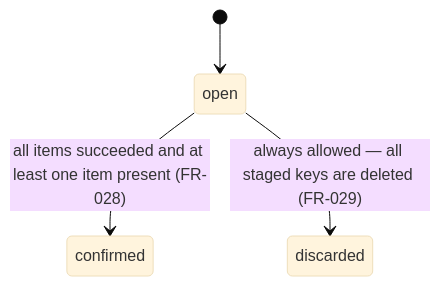
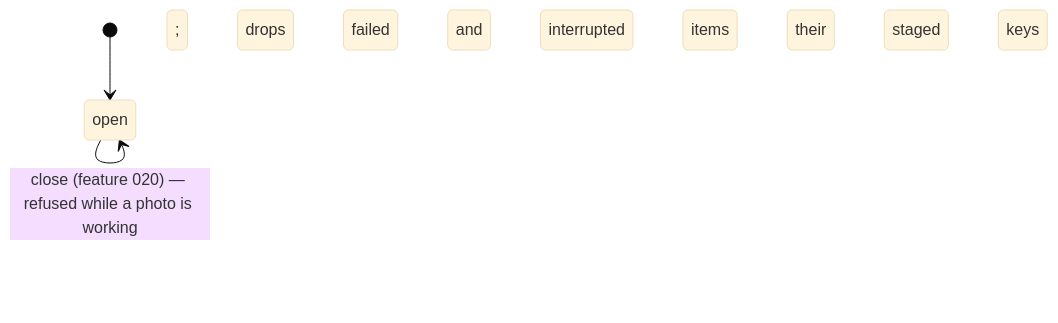
The second of 2 diagrams in specs/001-architecture-stack-design/draft/04-content-model.md (zzacal/port), drawn with Mermaid (base theme) before and after one commit. The commit also changed other lines of this file and 24 other files, not shown here.

````diff
--- a/specs/001-architecture-stack-design/draft/04-content-model.md
+++ b/specs/001-architecture-stack-design/draft/04-content-model.md
@@ -121,6 +126,5 @@
 ```mermaid
 stateDiagram-v2
     [*] --> open
-    open --> confirmed : all items succeeded and at least one item present (FR-028)
-    open --> discarded : always allowed — all staged keys are deleted (FR-029)
+    open --> open : close (feature 020) — refused while a photo is working; drops failed and interrupted items and their staged keys
 ```
````
